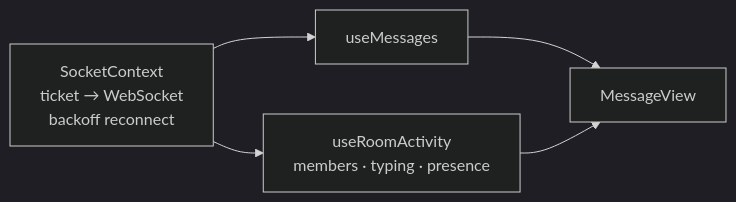
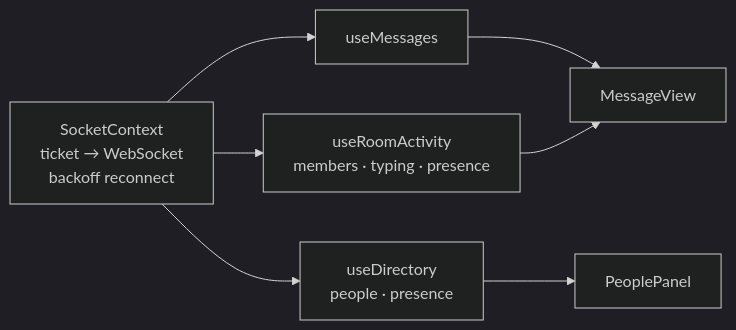
The second of 3 diagrams in docs/en/frontend.md (TonyGLL/webchat), drawn with Mermaid (dark theme) before and after one commit. The commit also changed other lines of this file and 13 other files, not shown here.

Commit message:
Update documentation for people directory, invitations, reactions and roadmap

````diff
--- a/docs/en/frontend.md
+++ b/docs/en/frontend.md
@@ -41,7 +41,9 @@
 ```mermaid
 flowchart LR
     SC[SocketContext<br/>ticket → WebSocket<br/>backoff reconnect] --> UM[useMessages]
     SC --> UA[useRoomActivity<br/>members · typing · presence]
     UM --> MV[MessageView]
     UA --> MV
+    SC --> UD[useDirectory<br/>people · presence]
+    UD --> PP[PeoplePanel]
 ```
````
